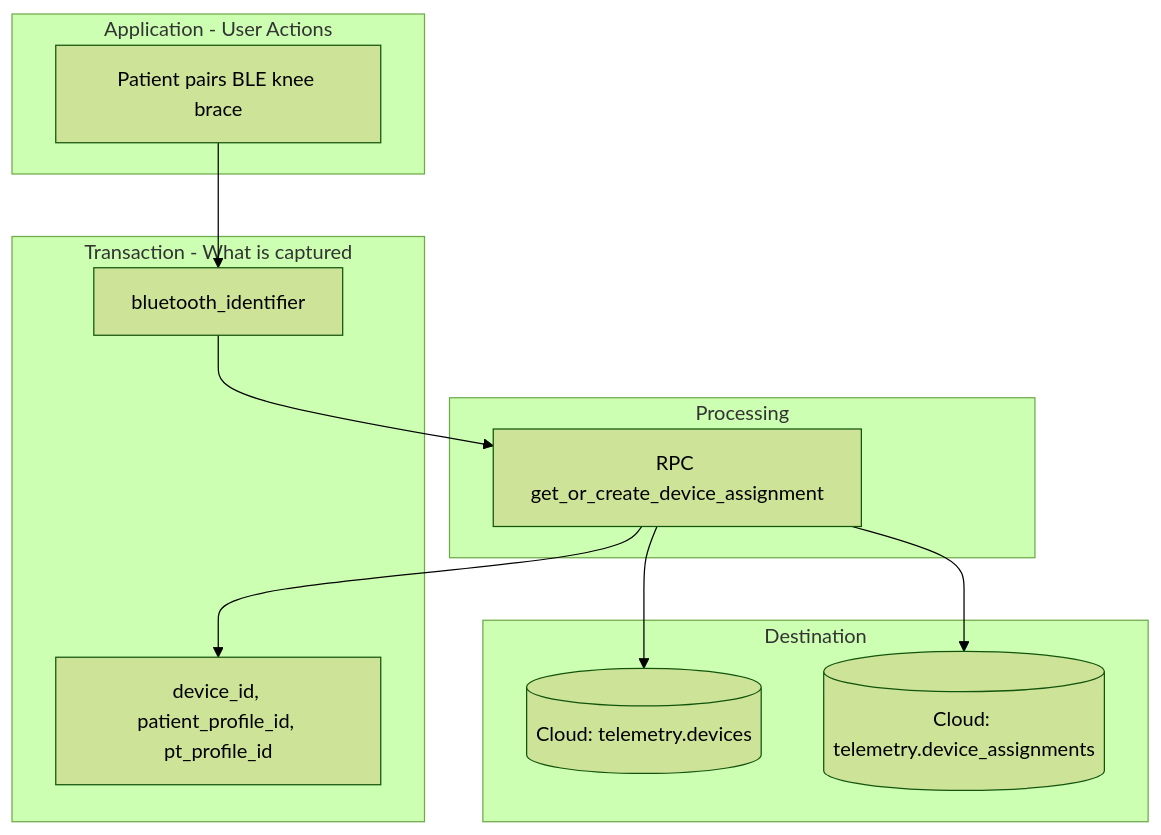
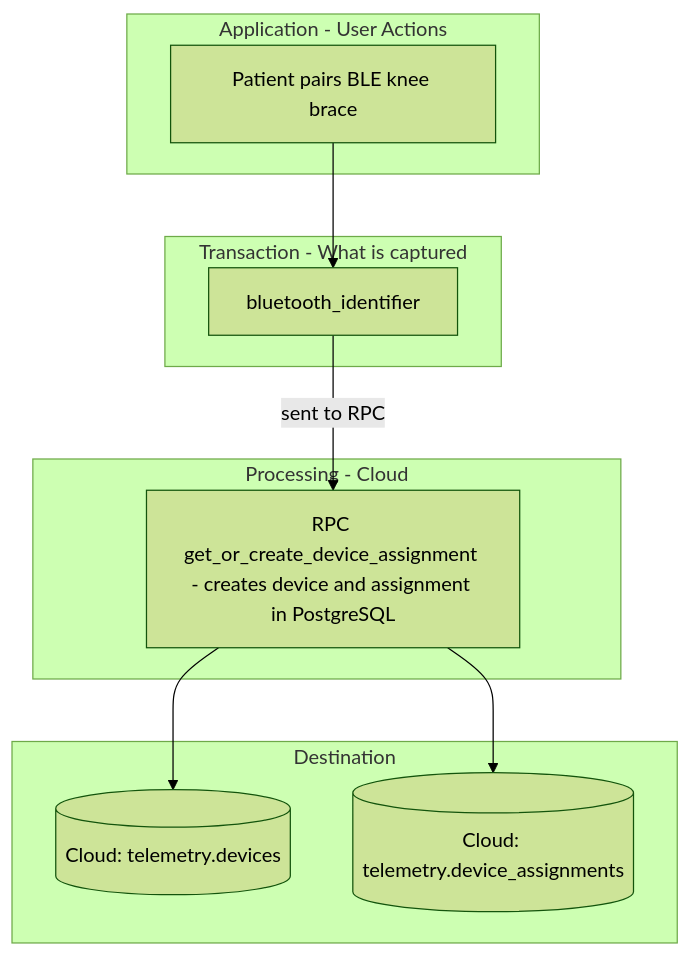
The second of 8 diagrams in docs/DATA_FLOW.md (seanja5/realrehab-mvp), drawn with Mermaid (forest theme) before and after one commit. The commit also changed other lines of this file, not shown here.

First line of the commit message:
docs: clarify device vs cloud processing in DATA_FLOW module flows

````diff
--- a/docs/DATA_FLOW.md
+++ b/docs/DATA_FLOW.md
@@ -158,24 +168,24 @@
 ```mermaid
 flowchart TB
     subgraph appD [Application - User Actions]
         AD1[Patient pairs BLE knee brace]
     end
 
-    subgraph procD [Processing]
-        PD1[RPC get_or_create_device_assignment]
+    subgraph txD [Transaction - What is captured]
+        TD1[bluetooth_identifier]
     end
 
-    subgraph txD [Transaction - What is captured]
-        TD1[bluetooth_identifier]
-        TD2[device_id, patient_profile_id, pt_profile_id]
+    subgraph procD [Processing - Cloud]
+        PD1[RPC get_or_create_device_assignment - creates device and assignment in PostgreSQL]
     end
 
     subgraph destD [Destination]
         DD1[(Cloud: telemetry.devices)]
         DD2[(Cloud: telemetry.device_assignments)]
     end
 
-    AD1 --> TD1 --> PD1 --> TD2
+    AD1 --> TD1
+    TD1 -->|sent to RPC| PD1
     PD1 --> DD1
     PD1 --> DD2
 ```
````
